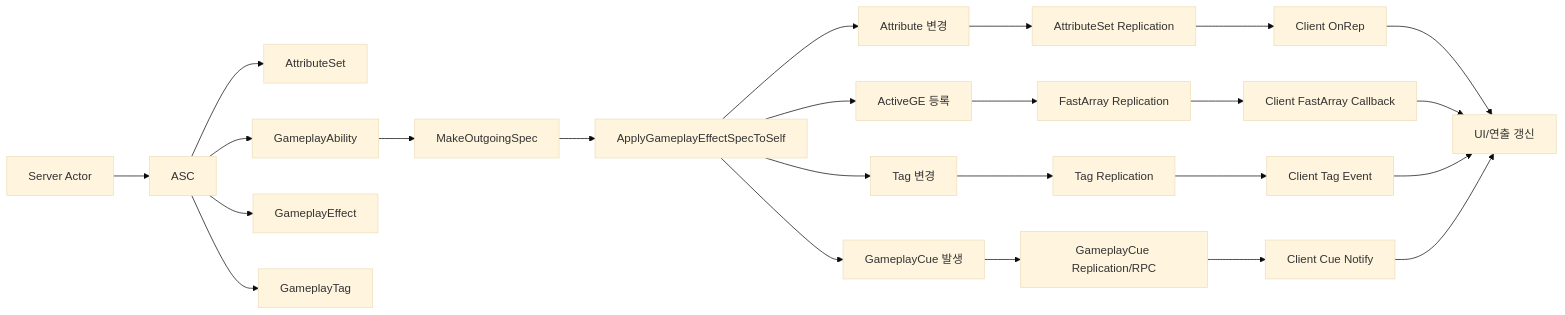
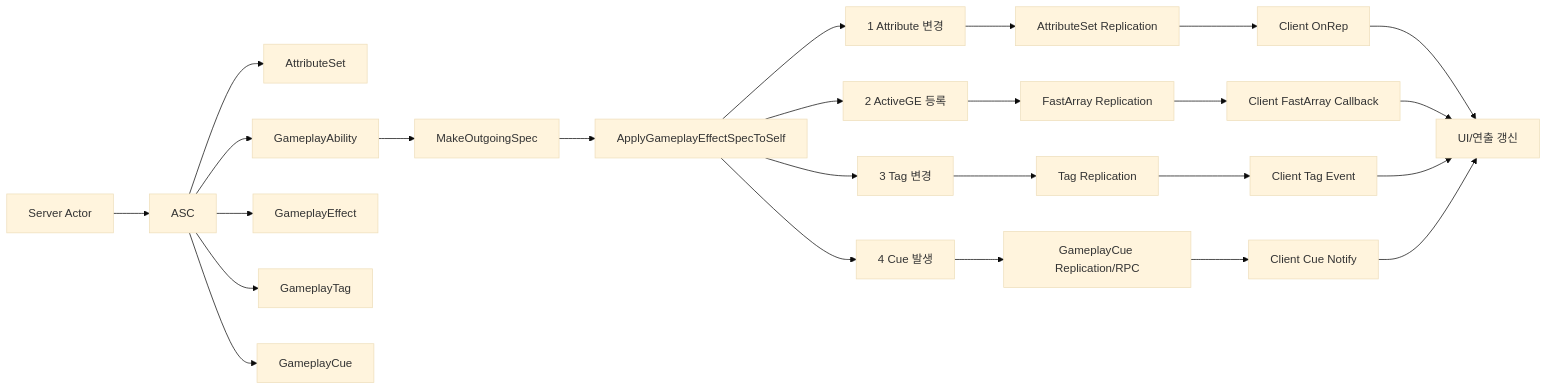
Before and after one commit to dianay07/TowerDefence: the diagram in Documents/GAS_Server_Sync_Code_Analysis_KR.md, drawn with Mermaid (base theme). The commit also changed other lines of this file, not shown here.

````diff
--- a/Documents/GAS_Server_Sync_Code_Analysis_KR.md
+++ b/Documents/GAS_Server_Sync_Code_Analysis_KR.md
@@ -72,30 +142,32 @@
 ```mermaid
 flowchart LR
     A[Server Actor] --> B[ASC]
     B --> C[AttributeSet]
     B --> D[GameplayAbility]
     B --> E[GameplayEffect]
     B --> F[GameplayTag]
+    B --> G[GameplayCue]
 
-    D --> G[MakeOutgoingSpec]
-    G --> H[ApplyGameplayEffectSpecToSelf]
-    H --> I[Attribute 변경]
-    H --> J[ActiveGE 등록]
-    H --> K[Tag 변경]
-    H --> L[GameplayCue 발생]
+    D --> H[MakeOutgoingSpec]
+    H --> I[ApplyGameplayEffectSpecToSelf]
 
-    I --> M[AttributeSet Replication]
-    J --> N[FastArray Replication]
-    K --> O[Tag Replication]
-    L --> P[GameplayCue Replication/RPC]
+    I --> J[1 Attribute 변경]
+    I --> K[2 ActiveGE 등록]
+    I --> L[3 Tag 변경]
+    I --> M[4 Cue 발생]
 
-    M --> Q[Client OnRep]
-    N --> R[Client FastArray Callback]
-    O --> S[Client Tag Event]
-    P --> T[Client Cue Notify]
+    J --> N[AttributeSet Replication]
+    K --> O[FastArray Replication]
+    L --> P[Tag Replication]
+    M --> Q[GameplayCue Replication/RPC]
 
-    Q --> U[UI/연출 갱신]
-    R --> U
-    S --> U
-    T --> U
+    N --> R[Client OnRep]
+    O --> S[Client FastArray Callback]
+    P --> T[Client Tag Event]
+    Q --> U[Client Cue Notify]
+
+    R --> V[UI/연출 갱신]
+    S --> V
+    T --> V
+    U --> V
 ```
````
